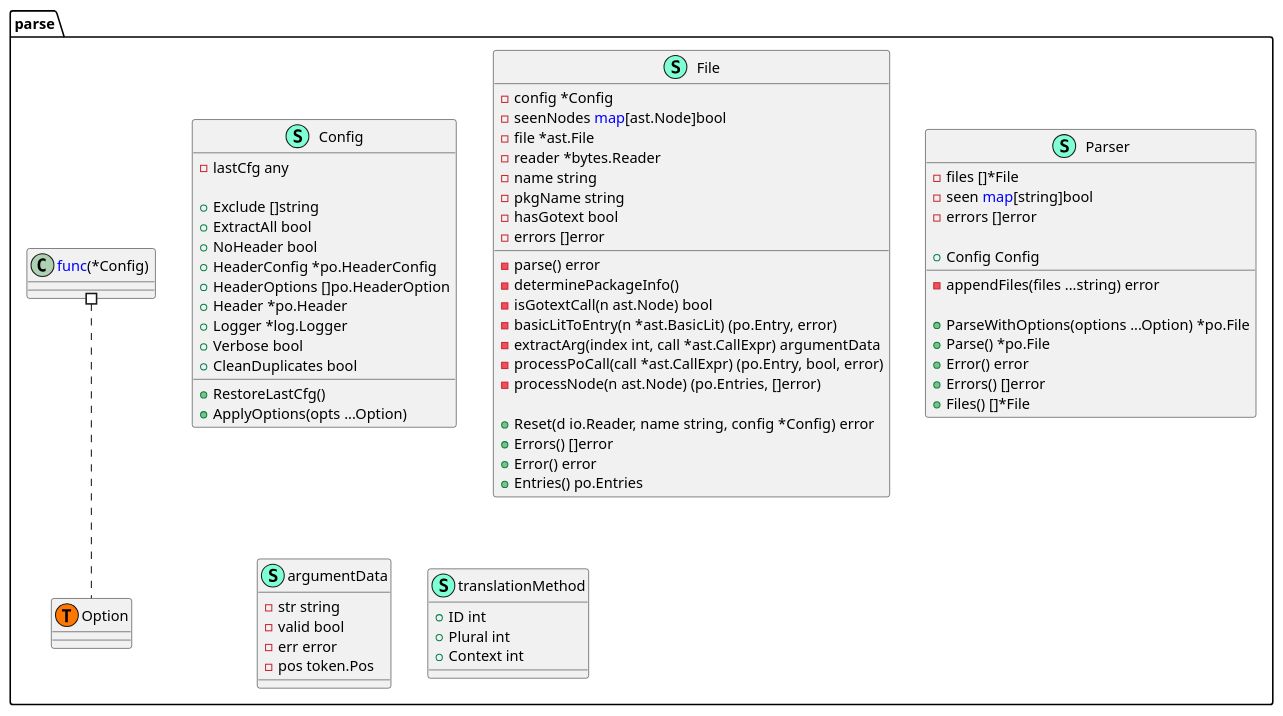
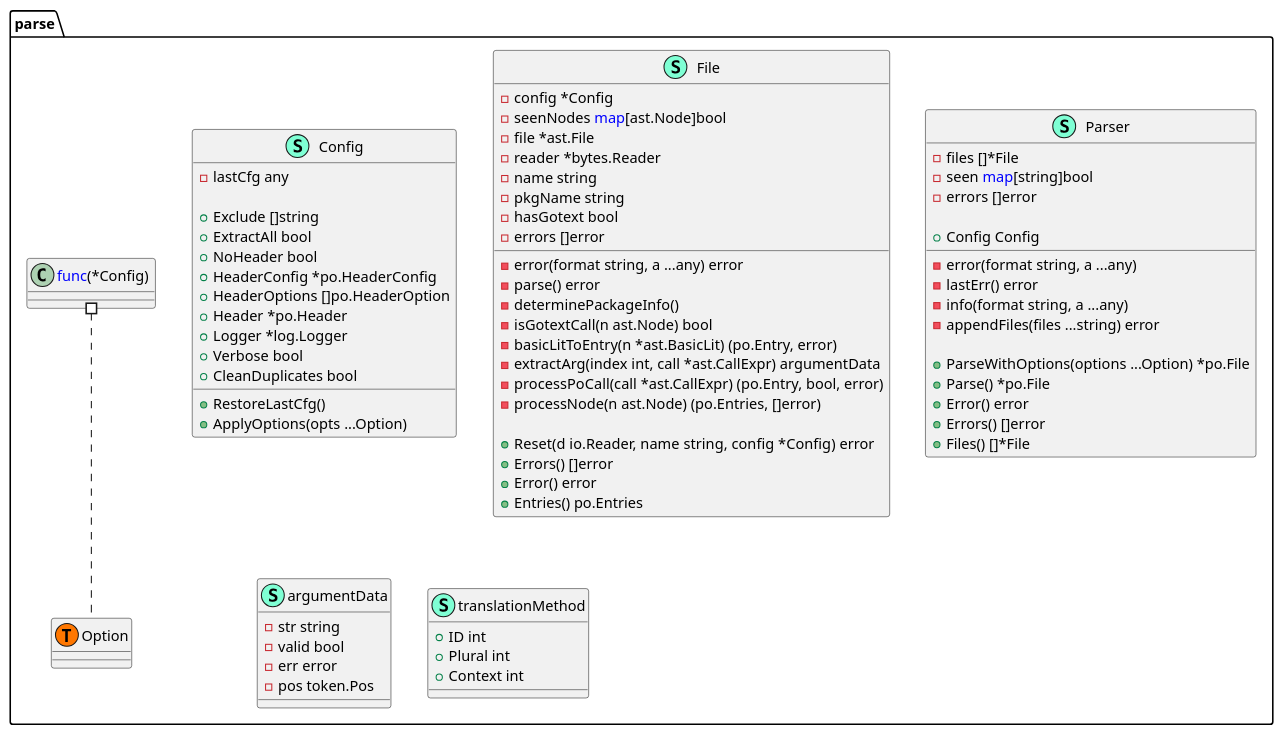
One commit to Tom5521/gotext-tools changed the diagram in pkg/go/parse/structure.puml. Above: the diagram before and after it, drawn with PlantUML. The commit also changed 14 other files, not shown here.

```diff
--- a/pkg/go/parse/structure.puml
+++ b/pkg/go/parse/structure.puml
@@ -1,79 +1,83 @@
 @startuml
 namespace parse {
     class Config << (S,Aquamarine) >> {
         - lastCfg any
 
         + Exclude []string
         + ExtractAll bool
         + NoHeader bool
         + HeaderConfig *po.HeaderConfig
         + HeaderOptions []po.HeaderOption
         + Header *po.Header
         + Logger *log.Logger
         + Verbose bool
         + CleanDuplicates bool
 
         + RestoreLastCfg() 
         + ApplyOptions(opts ...Option) 
 
     }
     class File << (S,Aquamarine) >> {
         - config *Config
         - seenNodes <font color=blue>map</font>[ast.Node]bool
         - file *ast.File
         - reader *bytes.Reader
         - name string
         - pkgName string
         - hasGotext bool
         - errors []error
 
+        - error(format string, a ...any) error
         - parse() error
         - determinePackageInfo() 
         - isGotextCall(n ast.Node) bool
         - basicLitToEntry(n *ast.BasicLit) (po.Entry, error)
         - extractArg(index int, call *ast.CallExpr) argumentData
         - processPoCall(call *ast.CallExpr) (po.Entry, bool, error)
         - processNode(n ast.Node) (po.Entries, []error)
 
         + Reset(d io.Reader, name string, config *Config) error
         + Errors() []error
         + Error() error
         + Entries() po.Entries
 
     }
     class Parser << (S,Aquamarine) >> {
         - files []*File
         - seen <font color=blue>map</font>[string]bool
         - errors []error
 
         + Config Config
 
+        - error(format string, a ...any) 
+        - lastErr() error
+        - info(format string, a ...any) 
         - appendFiles(files ...string) error
 
         + ParseWithOptions(options ...Option) *po.File
         + Parse() *po.File
         + Error() error
         + Errors() []error
         + Files() []*File
 
     }
     class argumentData << (S,Aquamarine) >> {
         - str string
         - valid bool
         - err error
         - pos token.Pos
 
     }
     class parse.Option << (T, #FF7700) >>  {
     }
     class translationMethod << (S,Aquamarine) >> {
         + ID int
         + Plural int
         + Context int
 
     }
 }
 
 
 "parse.<font color=blue>func</font>(*Config) " #.. "parse.Option"
 @enduml
```
